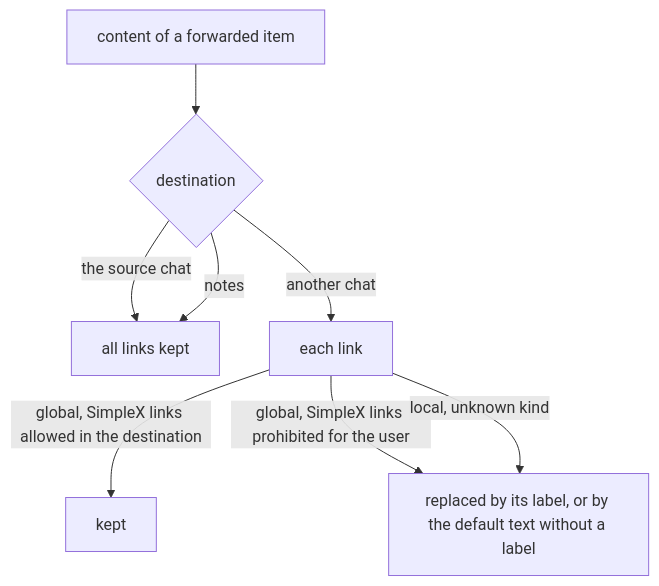
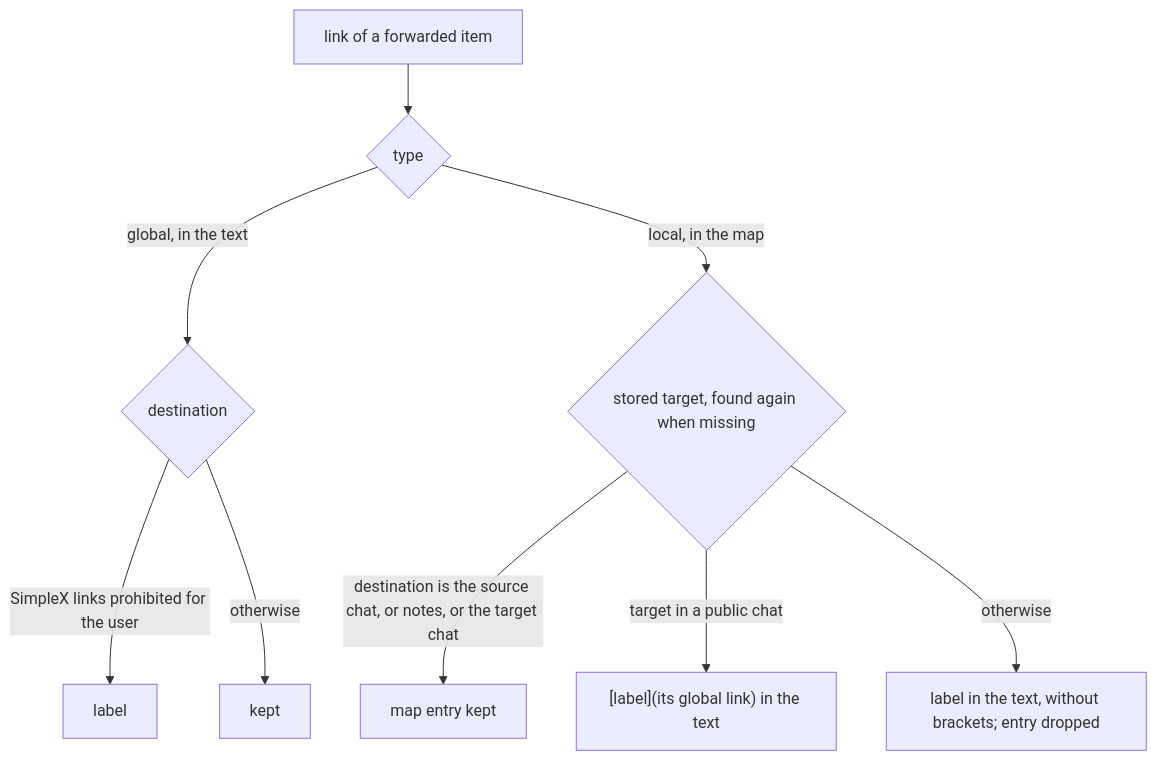
One commit to evgeny-simplex/simplex-chat changed the fourth of 6 diagrams in plans/2026-11-22-message-references.md. Above: the diagram before and after it, drawn with Mermaid. The commit also changed other lines of this file, not shown here.

Commit message:
core: plan local message links as message metadata

````diff
--- a/plans/2026-11-22-message-references.md
+++ b/plans/2026-11-22-message-references.md
@@ -256,10 +364,11 @@
 ```mermaid
 flowchart TD
-  F[content of a forwarded item] --> S{destination}
-  S -->|the source chat| K[all links kept]
-  S -->|notes| K
-  S -->|another chat| P[each link]
-  P -->|global, SimpleX links allowed in the destination| KC[kept]
-  P -->|global, SimpleX links prohibited for the user| R
-  P -->|local, unknown kind| R[replaced by its label, or by the default text without a label]
+  F[link of a forwarded item] --> T{type}
+  T -->|global, in the text| G{destination}
+  G -->|SimpleX links prohibited for the user| GL[label]
+  G -->|otherwise| GK[kept]
+  T -->|local, in the map| D{stored target, found again when missing}
+  D -->|destination is the source chat, or notes, or the target chat| LK[map entry kept]
+  D -->|target in a public chat| LG["[label](its global link) in the text"]
+  D -->|otherwise| LL[label in the text, without brackets; entry dropped]
 ```
````
